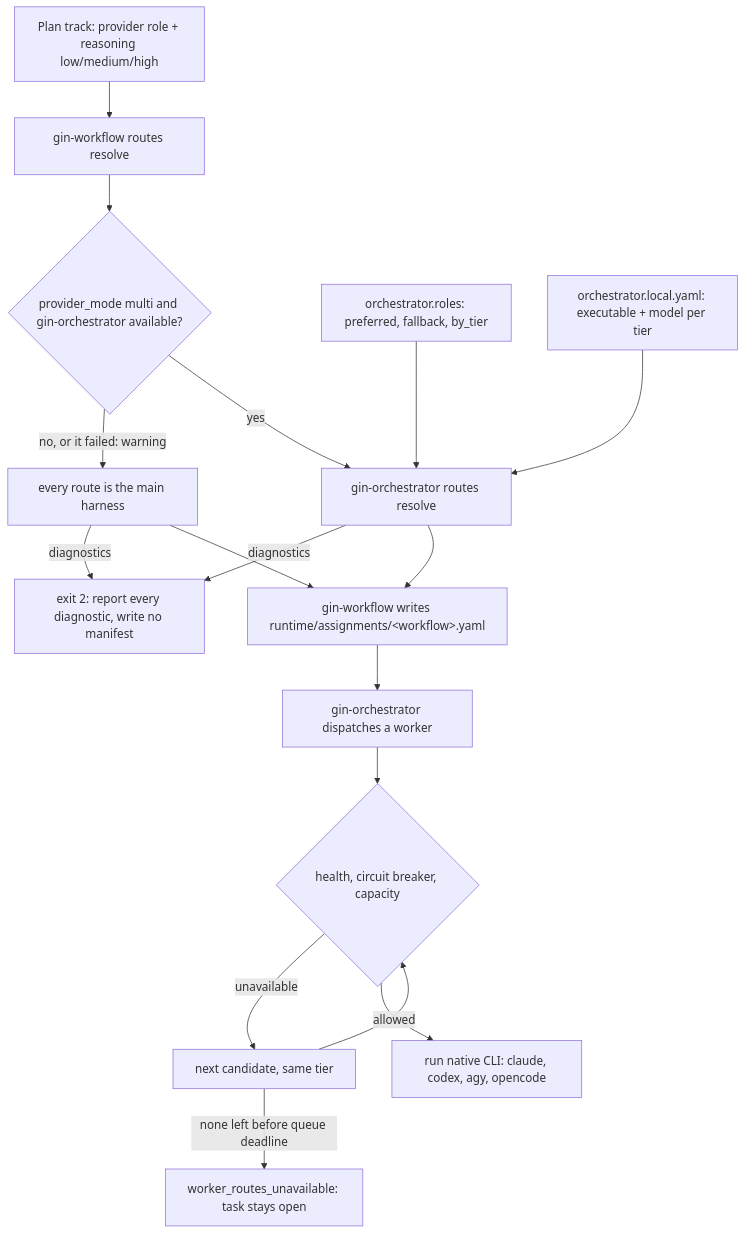
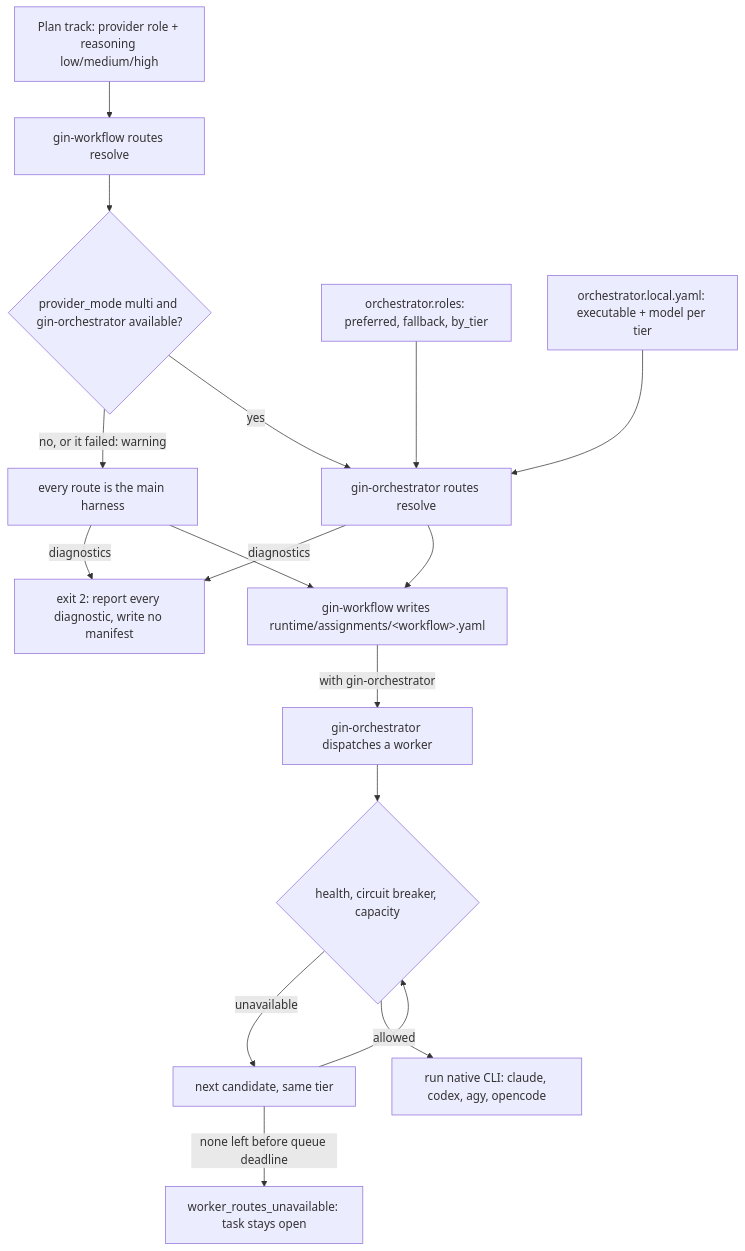
Before and after one commit to giangdhwhtbr/gin-workflow: the fourth of 6 diagrams in docs/concepts/architecture.md, drawn with Mermaid. The commit also changed other lines of this file and 3 other files, not shown here.

````diff
--- a/docs/concepts/architecture.md
+++ b/docs/concepts/architecture.md
@@ -110,19 +110,19 @@
 ```mermaid
 flowchart TD
     T[Plan track: provider role + reasoning low/medium/high] --> F[gin-workflow routes resolve]
     F --> Q{provider_mode multi and gin-orchestrator available?}
     Q -->|no, or it failed: warning| MH[every route is the main harness]
     Q -->|yes| OR[gin-orchestrator routes resolve]
     C1[orchestrator.roles: preferred, fallback, by_tier] --> OR
     C2[orchestrator.local.yaml: executable + model per tier] --> OR
     OR -->|diagnostics| X[exit 2: report every diagnostic, write no manifest]
     MH -->|diagnostics| X
     OR --> M[gin-workflow writes runtime/assignments/&lt;workflow&gt;.yaml]
     MH --> M
-    M --> D[gin-orchestrator dispatches a worker]
+    M -->|with gin-orchestrator| D[gin-orchestrator dispatches a worker]
     D --> H{health, circuit breaker, capacity}
     H -->|unavailable| N[next candidate, same tier]
     N --> H
     H -->|allowed| RUN[run native CLI: claude, codex, agy, opencode]
     N -->|none left before queue deadline| U[worker_routes_unavailable: task stays open]
 ```
````
